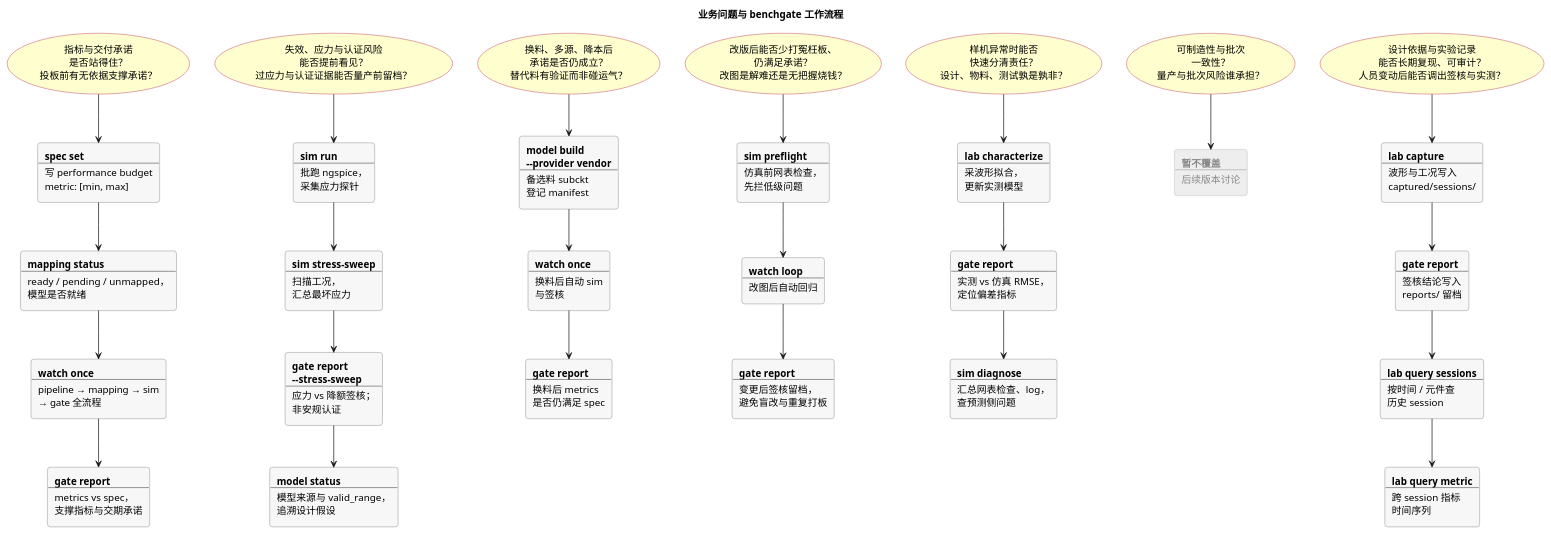
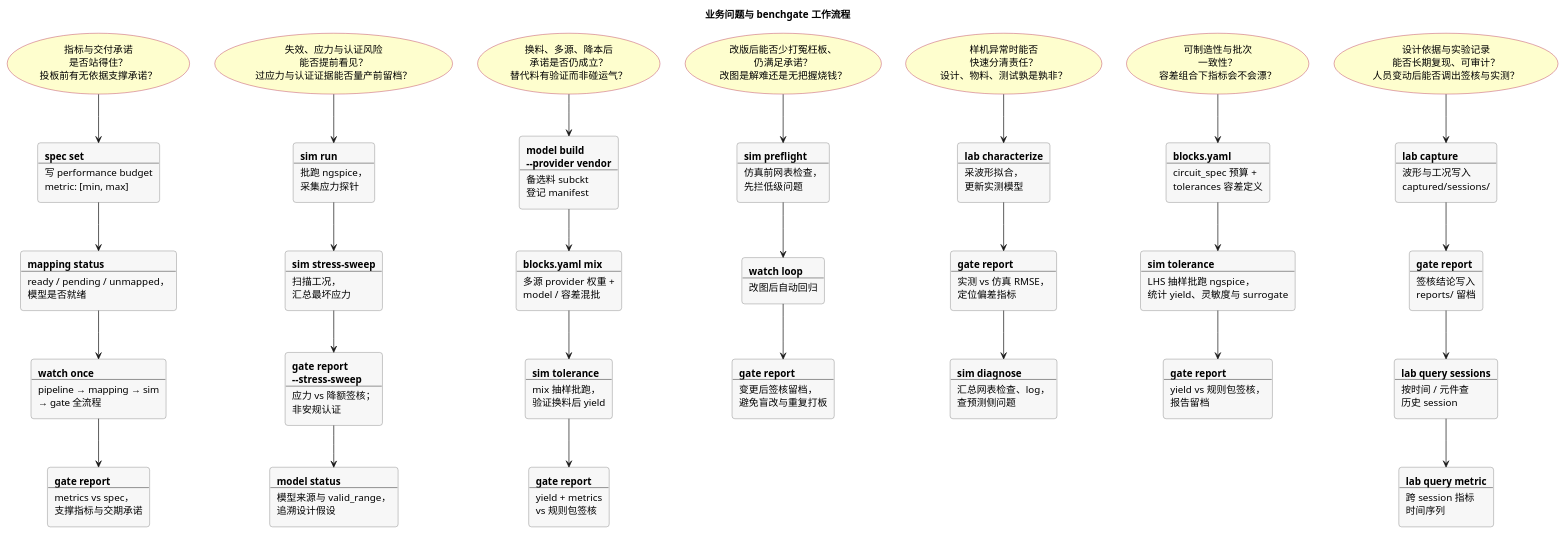
The diagram in docs/diagrams/cli-usecase.puml (zhang1career/benchgate), drawn with PlantUML before and after one commit. The commit also changed 27 other files, not shown here.

Commit message:
sim tolerance added

```diff
--- a/docs/diagrams/cli-usecase.puml
+++ b/docs/diagrams/cli-usecase.puml
@@ -95,21 +95,28 @@
     备选料 subckt
     登记 manifest
   ]
-  rectangle w3 #F7F7F7;line:666666 [
-    **watch once**
+  rectangle blk_mix #F7F7F7;line:666666 [
+    **blocks.yaml mix**
     ----
-    换料后自动 sim
-    与签核
+    多源 provider 权重 +
+    model / 容差混批
+  ]
+  rectangle tol3 #F7F7F7;line:666666 [
+    **sim tolerance**
+    ----
+    mix 抽样批跑，
+    验证换料后 yield
   ]
   rectangle g3 #F7F7F7;line:666666 [
     **gate report**
     ----
-    换料后 metrics
-    是否仍满足 spec
+    yield + metrics
+    vs 规则包签核
   ]
   P3 -down-> mb
-  mb -down-> w3
-  w3 -down-> g3
+  mb -down-> blk_mix
+  blk_mix -down-> tol3
+  tol3 -down-> g3
 }
 
 ' ── B 迭代与样机：控制改版、查清问题 ──
@@ -169,13 +176,28 @@
 
 together {
   top to bottom direction
-  usecase "可制造性与批次\n一致性？\n量产与批次风险谁承担？" as P6
-  rectangle na #EEEEEE;line:AAAAAA;text:888888 [
-    **暂不覆盖**
+  usecase "可制造性与批次\n一致性？\n容差组合下指标会不会漂？" as P6
+  rectangle blk #F7F7F7;line:666666 [
+    **blocks.yaml**
     ----
-    后续版本讨论
+    circuit_spec 预算 +
+    tolerances 容差定义
   ]
-  P6 -down-> na
+  rectangle tol #F7F7F7;line:666666 [
+    **sim tolerance**
+    ----
+    LHS 抽样批跑 ngspice，
+    统计 yield、灵敏度与 surrogate
+  ]
+  rectangle g6 #F7F7F7;line:666666 [
+    **gate report**
+    ----
+    yield vs 规则包签核，
+    报告留档
+  ]
+  P6 -down-> blk
+  blk -down-> tol
+  tol -down-> g6
 }
 
 together {
```
